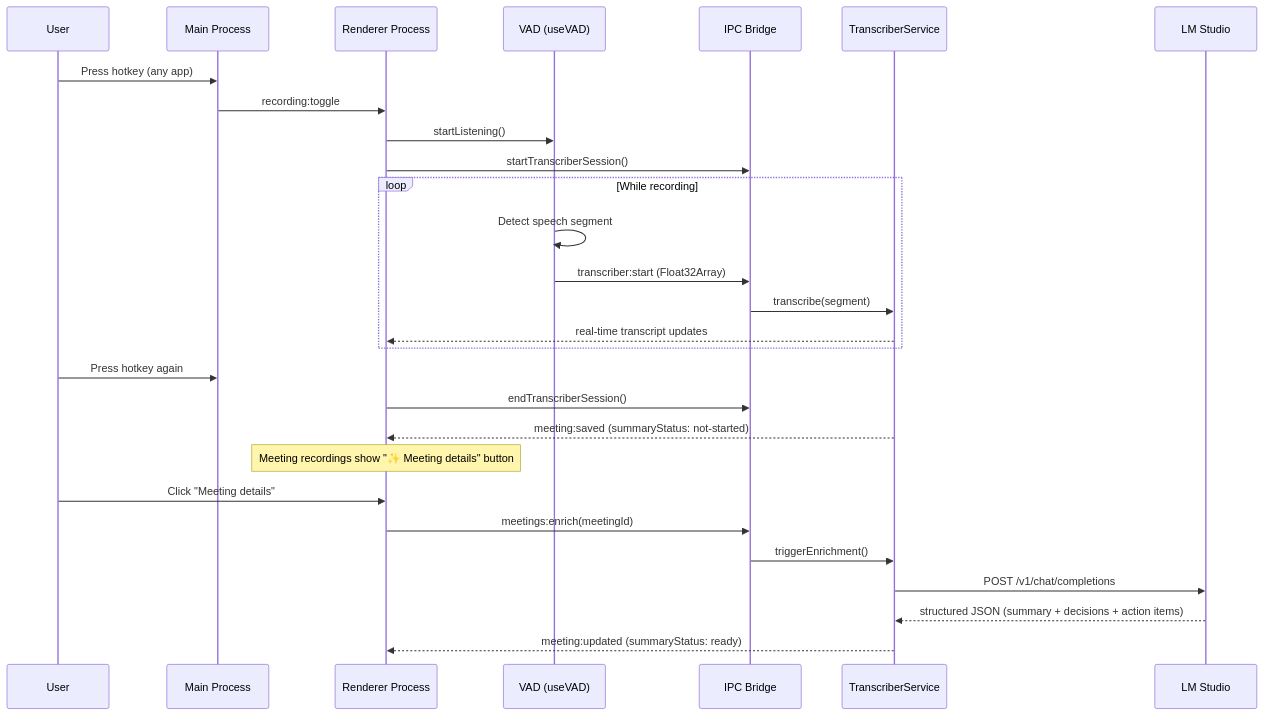
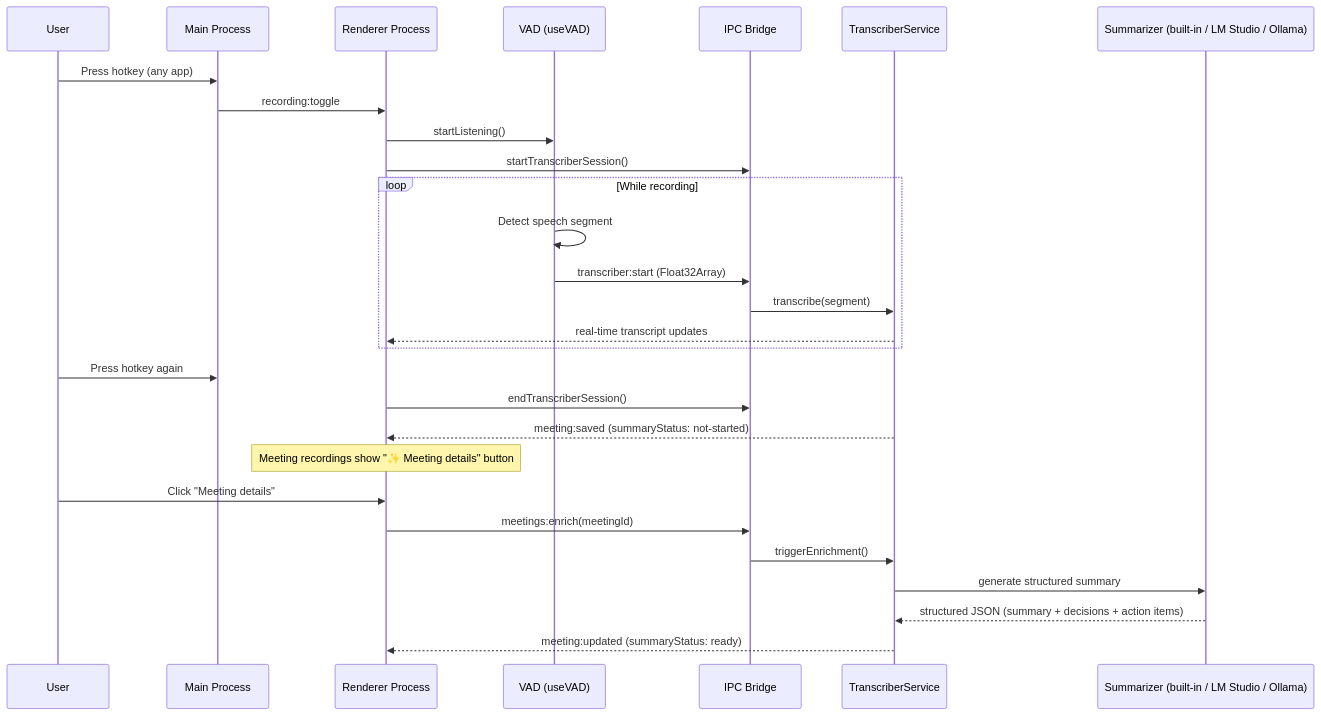
Before and after one commit to justanotherkevin/VOA: the diagram in README.md, drawn with Mermaid. The commit also changed other lines of this file and 2 other files, not shown here.

````diff
--- a/README.md
+++ b/README.md
@@ -70,35 +74,35 @@
 ```mermaid
 sequenceDiagram
     participant User
     participant Main as Main Process
     participant Renderer as Renderer Process
     participant VAD as VAD (useVAD)
     participant IPC as IPC Bridge
     participant Transcriber as TranscriberService
-    participant LMStudio as LM Studio
+    participant Summarizer as Summarizer (built-in / LM Studio / Ollama)
 
     User->>Main: Press hotkey (any app)
     Main->>Renderer: recording:toggle
 
     Renderer->>VAD: startListening()
     Renderer->>IPC: startTranscriberSession()
 
     loop While recording
         VAD->>VAD: Detect speech segment
         VAD->>IPC: transcriber:start (Float32Array)
         IPC->>Transcriber: transcribe(segment)
         Transcriber-->>Renderer: real-time transcript updates
     end
 
     User->>Main: Press hotkey again
     Renderer->>IPC: endTranscriberSession()
     Transcriber-->>Renderer: meeting:saved (summaryStatus: not-started)
 
     Note over Renderer: Meeting recordings show "✨ Meeting details" button
     User->>Renderer: Click "Meeting details"
     Renderer->>IPC: meetings:enrich(meetingId)
     IPC->>Transcriber: triggerEnrichment()
-    Transcriber->>LMStudio: POST /v1/chat/completions
-    LMStudio-->>Transcriber: structured JSON (summary + decisions + action items)
+    Transcriber->>Summarizer: generate structured summary
+    Summarizer-->>Transcriber: structured JSON (summary + decisions + action items)
     Transcriber-->>Renderer: meeting:updated (summaryStatus: ready)
 ```
````
